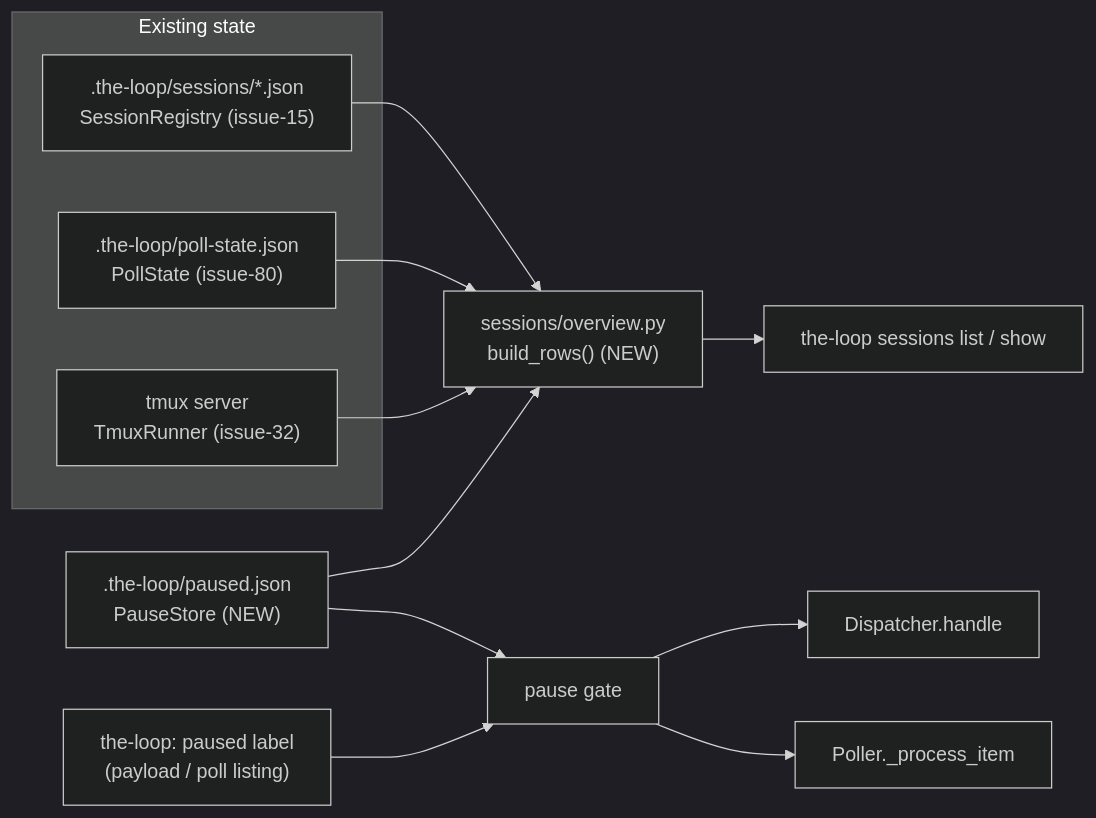
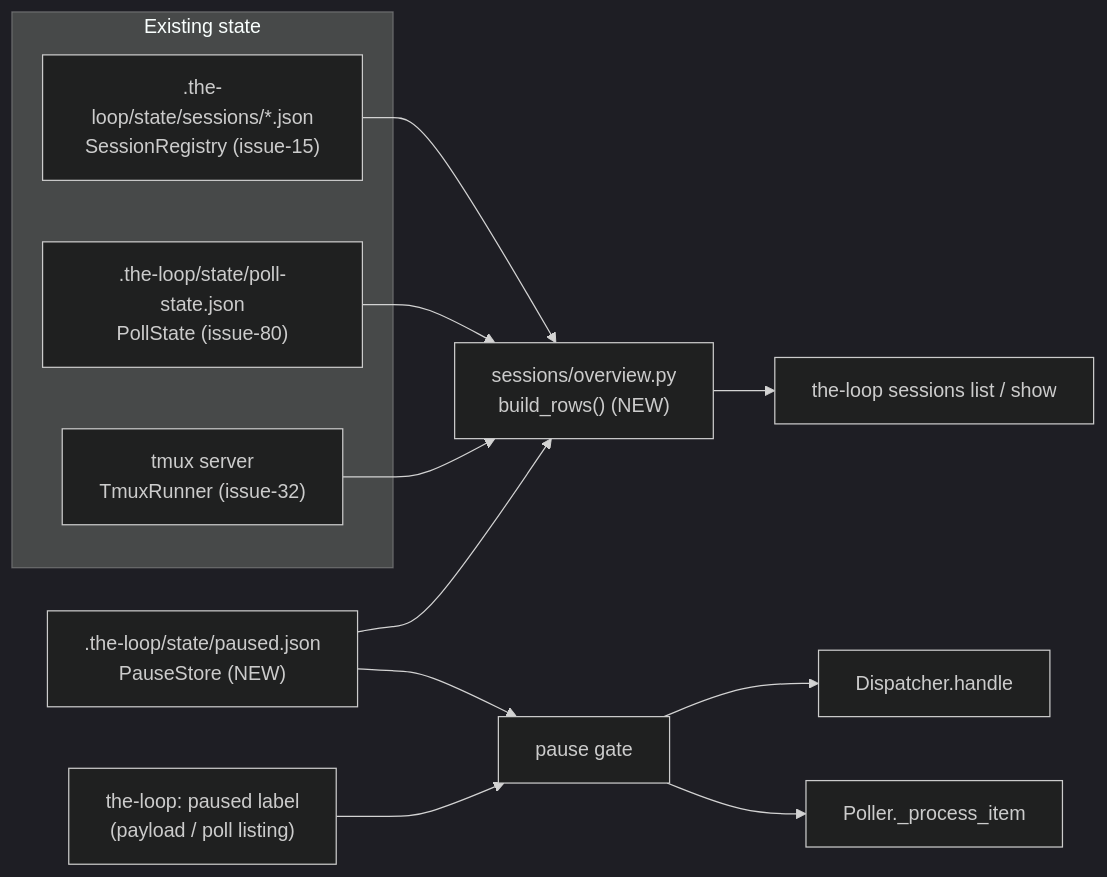
One commit to MadaraUchiha-314/the-loop changed the diagram in docs/specs/issue-98/design.md. Above: the diagram before and after it, drawn with Mermaid (dark theme). The commit also changed other lines of this file and 28 other files, not shown here.

````diff
--- a/docs/specs/issue-98/design.md
+++ b/docs/specs/issue-98/design.md
@@ -21,19 +21,19 @@
 ```mermaid
 flowchart LR
   subgraph Existing state
-    REG[".the-loop/sessions/*.json<br/>SessionRegistry (issue-15)"]
-    POLL[".the-loop/poll-state.json<br/>PollState (issue-80)"]
+    REG[".the-loop/state/sessions/*.json<br/>SessionRegistry (issue-15)"]
+    POLL[".the-loop/state/poll-state.json<br/>PollState (issue-80)"]
     TMUX["tmux server<br/>TmuxRunner (issue-32)"]
   end
-  NEW[".the-loop/paused.json<br/>PauseStore (NEW)"]
+  NEW[".the-loop/state/paused.json<br/>PauseStore (NEW)"]
   OV["sessions/overview.py<br/>build_rows() (NEW)"]
   REG --> OV
   POLL --> OV
   TMUX --> OV
   NEW --> OV
   OV --> LIST["the-loop sessions list / show"]
   NEW --> GATE["pause gate"]
   LAB["the-loop: paused label<br/>(payload / poll listing)"] --> GATE
   GATE --> DISP["Dispatcher.handle"]
   GATE --> POLLER["Poller._process_item"]
 ```
````
